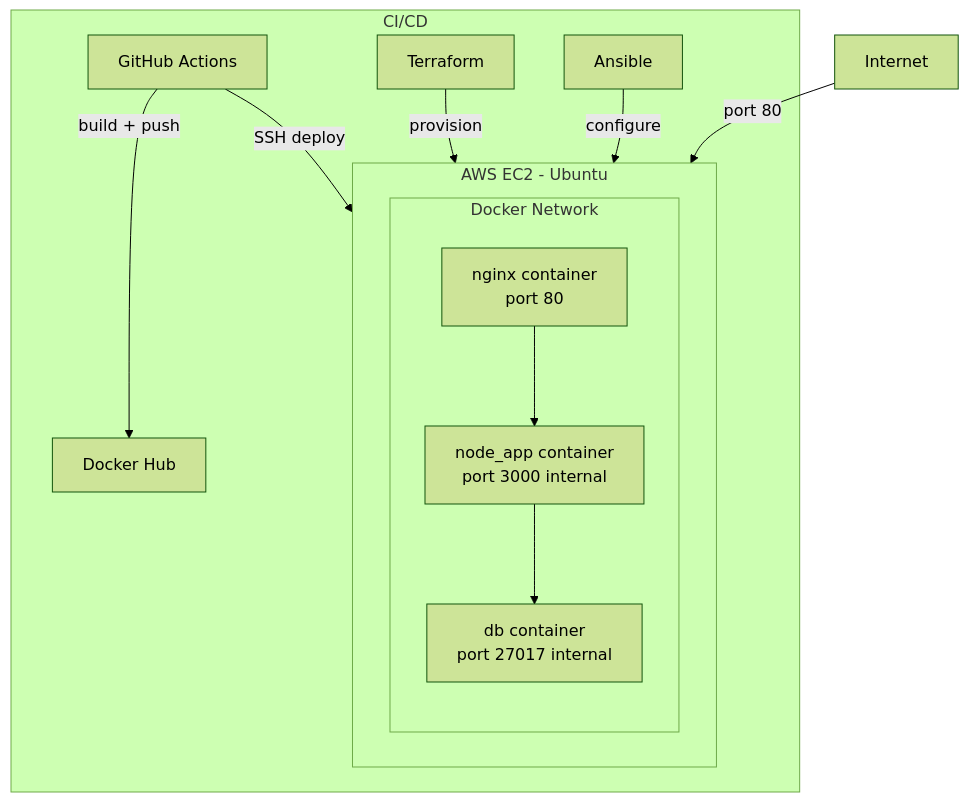
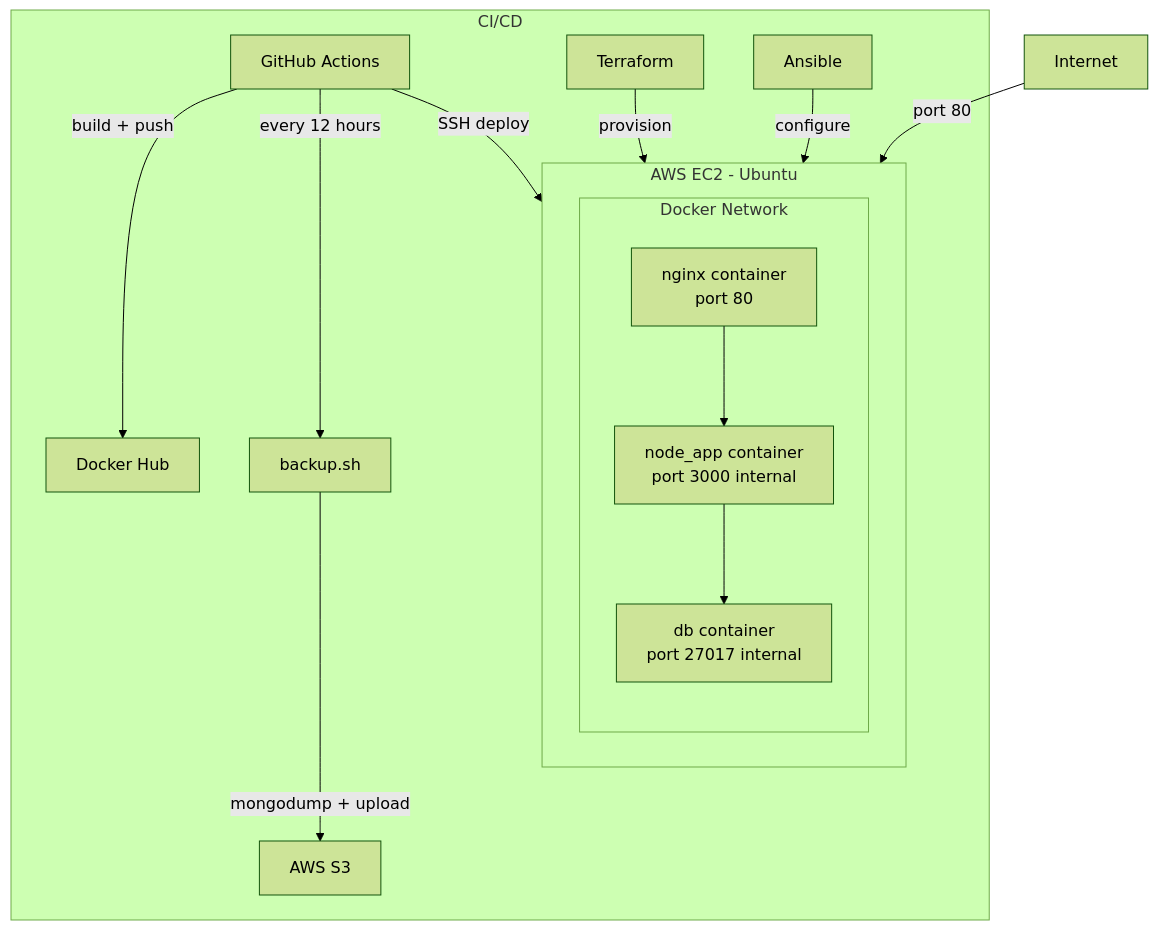
The second of 2 diagrams in README.md (kthwang3/TodoOps), drawn with Mermaid (forest theme) before and after one commit. The commit also changed other lines of this file, not shown here.

````diff
--- a/README.md
+++ b/README.md
@@ -30,21 +32,23 @@
 ```mermaid
 graph TD
     Internet -->|port 80| EC2
 
     subgraph EC2[AWS EC2 - Ubuntu]
         subgraph Docker[Docker Network]
             Nginx[nginx container\nport 80]
             Node[node_app container\nport 3000 internal]
             MongoDB[db container\nport 27017 internal]
             Nginx --> Node
             Node --> MongoDB
         end
     end
 
     subgraph CI/CD
         GitHub[GitHub Actions] -->|build + push| DockerHub[Docker Hub]
         GitHub -->|SSH deploy| EC2
+        GitHub -->|every 12 hours| Backup[backup.sh]
+        Backup -->|mongodump + upload| S3[AWS S3]
         Terraform -->|provision| EC2
         Ansible -->|configure| EC2
     end
 ```
````
